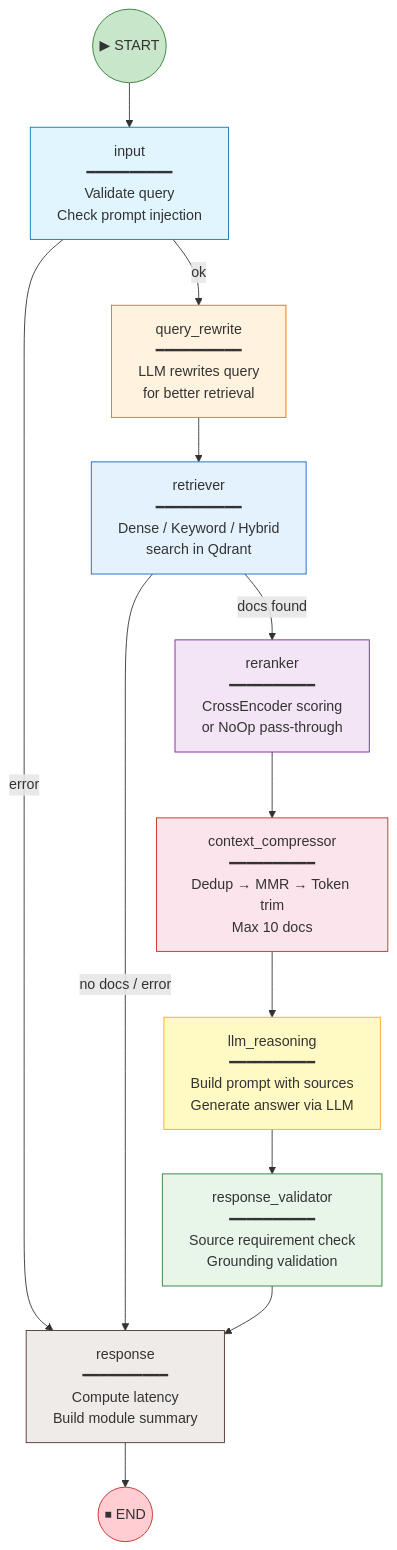
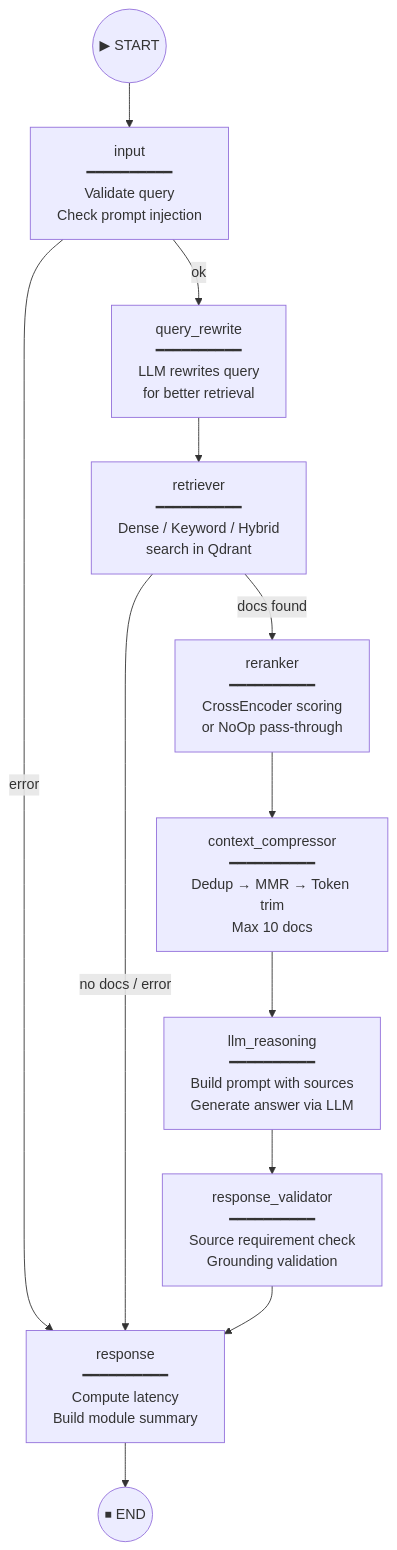
The fourth of 10 diagrams in docs/architecture.md (Jithendhar18/bookstack-rag-agent), drawn with Mermaid before and after one commit. The commit also changed other lines of this file, not shown here.

Commit message:
refactor: Clean up architecture diagrams by removing style definitions

````diff
--- a/docs/architecture.md
+++ b/docs/architecture.md
@@ -212,41 +202,30 @@
 ```mermaid
 graph TD
     START(("▶ START"))
     INPUT["input<br/>━━━━━━━━━━<br/>Validate query<br/>Check prompt injection"]
     QR["query_rewrite<br/>━━━━━━━━━━<br/>LLM rewrites query<br/>for better retrieval"]
     RET["retriever<br/>━━━━━━━━━━<br/>Dense / Keyword / Hybrid<br/>search in Qdrant"]
     RR["reranker<br/>━━━━━━━━━━<br/>CrossEncoder scoring<br/>or NoOp pass-through"]
     CC["context_compressor<br/>━━━━━━━━━━<br/>Dedup → MMR → Token trim<br/>Max 10 docs"]
     LLM["llm_reasoning<br/>━━━━━━━━━━<br/>Build prompt with sources<br/>Generate answer via LLM"]
     RV["response_validator<br/>━━━━━━━━━━<br/>Source requirement check<br/>Grounding validation"]
     RESP["response<br/>━━━━━━━━━━<br/>Compute latency<br/>Build module summary"]
     END(("⏹ END"))
 
     START --> INPUT
 
     INPUT -->|"error"| RESP
     INPUT -->|"ok"| QR
 
     QR --> RET
 
     RET -->|"no docs / error"| RESP
     RET -->|"docs found"| RR
 
     RR --> CC
     CC --> LLM
     LLM --> RV
     RV --> RESP
 
     RESP --> END
-
-    style START fill:#c8e6c9,stroke:#2e7d32
-    style END fill:#ffcdd2,stroke:#c62828
-    style INPUT fill:#e1f5fe,stroke:#0277bd
-    style QR fill:#fff3e0,stroke:#ef6c00
-    style RET fill:#e3f2fd,stroke:#1565c0
-    style RR fill:#f3e5f5,stroke:#7b1fa2
-    style CC fill:#fce4ec,stroke:#c62828
-    style LLM fill:#fff9c4,stroke:#f9a825
-    style RV fill:#e8f5e9,stroke:#2e7d32
-    style RESP fill:#efebe9,stroke:#4e342e
 ```
````
